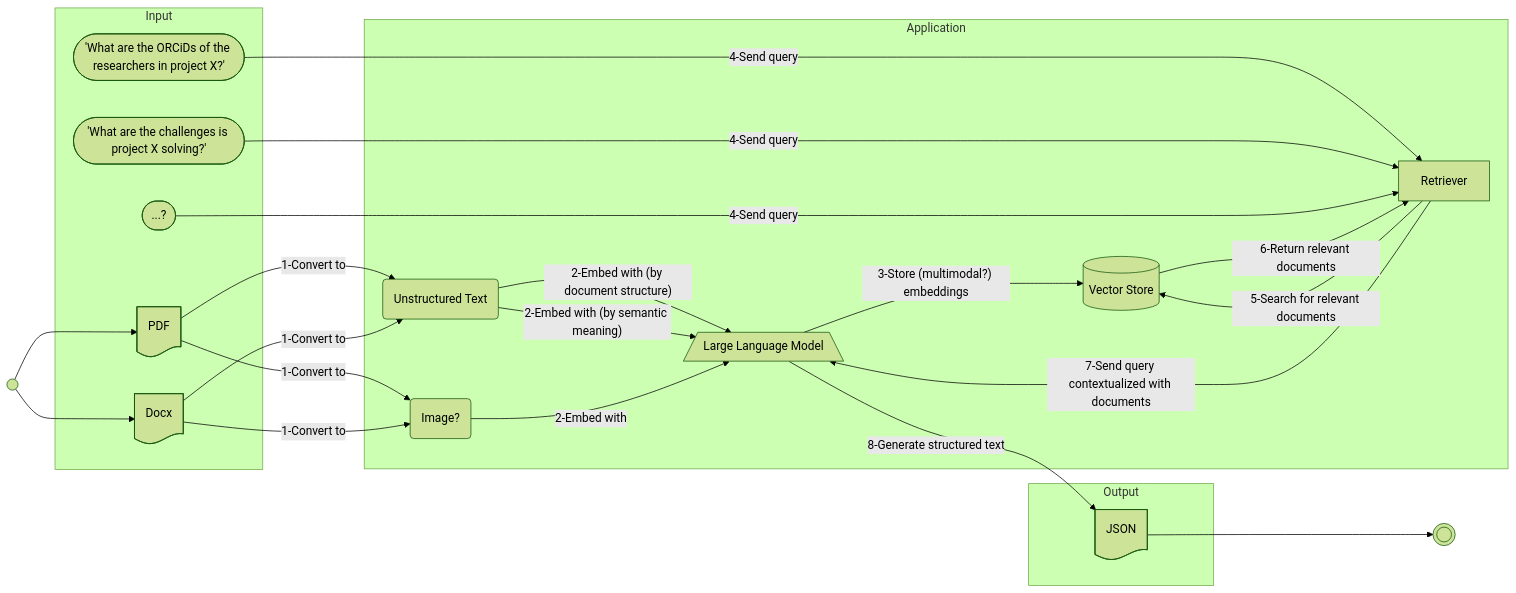
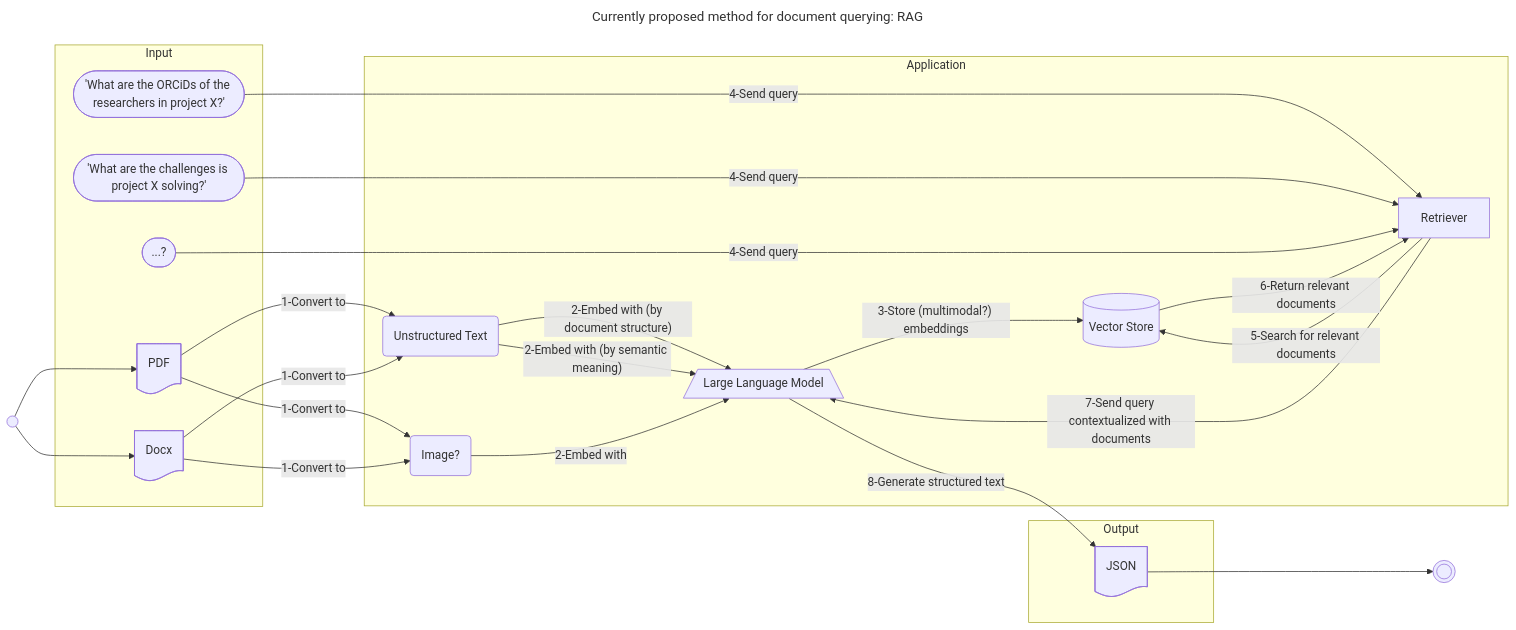
One commit to VCityTeam/PEPR-VDBI changed the first of 3 diagrams in data-integration/README.md. Above: the diagram before and after it, drawn with Mermaid. The commit also changed other lines of this file and 1 other file, not shown here.

````diff
--- a/data-integration/README.md
+++ b/data-integration/README.md
@@ -18,53 +17,52 @@
 ```mermaid
 ---
-config:
-  theme: forest
+title: "Currently proposed method for document querying: RAG"
 ---
 flowchart LR
 
   subgraph Application
     LLM[/Large Language Model\]
     R[Retriever]
     VS[(Vector Store)]
     B(Unstructured Text)
     I(Image?)
   end
 
   subgraph Input
     PDF@{ shape: doc }
     Docx@{ shape: doc }
     Q1(["'What are the ORCiDs of the researchers in project X?'"])
     Q2(["'What are the challenges is project X solving?'"])
     Q3(["...?"])
   end
 
   subgraph Output
     JSON@{ shape: doc }
   end
 
   S(( ))
   O((( )))
 
   S --> PDF
   S --> Docx
   PDF -->|1-Convert to| B
   PDF -->|1-Convert to| I
   Docx -->|1-Convert to| B
   Docx -->|1-Convert to| I
 
   B -->|"2-Embed with (by document structure)"| LLM
   B -->|"2-Embed with (by semantic meaning)"| LLM
   I -->|2-Embed with| LLM
   LLM -->|"3-Store (multimodal?) embeddings"| VS
 
   %% Use multiquery rewriting?
   Q1 -->|4-Send query| R
   Q2 -->|4-Send query| R
   Q3 -->|4-Send query| R
 
   R -->|5-Search for relevant documents| VS
   VS -->|6-Return relevant documents| R
   R -->|7-Send query contextualized with documents| LLM
   LLM -->|8-Generate structured text| JSON
   JSON --> O
 ```
````
